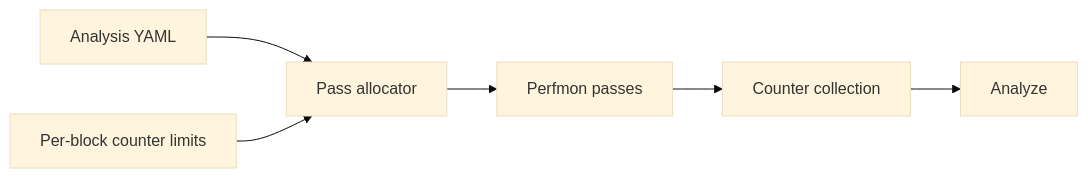
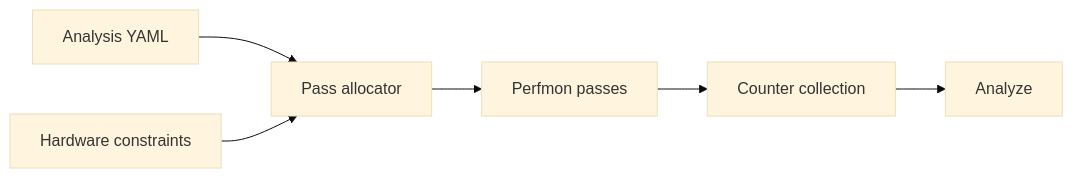
The diagram in projects/rocprofiler-compute/docs/single-pass_packable_and_unpackable/hld-plan.md (DeanTMaxim/rocm-systems), drawn with Mermaid (base theme) before and after one commit.

Commit message:
[rocprofiler-compute] Name the diagram box hardware constraints
- That is the name this team already uses for each block's counter limit

````diff
--- a/projects/rocprofiler-compute/docs/single-pass_packable_and_unpackable/hld-plan.md
+++ b/projects/rocprofiler-compute/docs/single-pass_packable_and_unpackable/hld-plan.md
@@ -24,8 +24,8 @@
 ```mermaid
 flowchart LR
   yaml[Analysis YAML] --> alloc[Pass allocator]
-  slots[Per-block counter limits] --> alloc
+  slots[Hardware constraints] --> alloc
   alloc --> passes[Perfmon passes]
   passes --> collect[Counter collection]
   collect --> analyze[Analyze]
 ```
````
